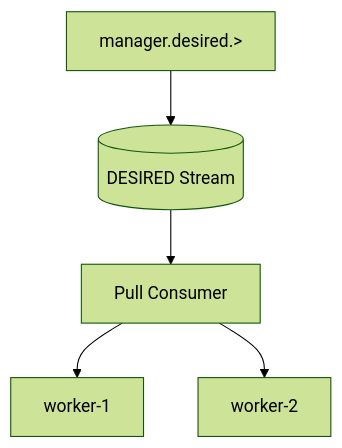
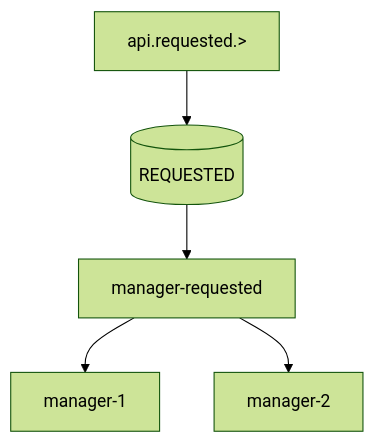
The first of 6 diagrams in docs/NATS.md (danielsabatini/smarkee), drawn with Mermaid (forest theme) before and after one commit. The commit also changed other lines of this file, not shown here.

First line of the commit message:
docs(nats): alinhar ao MESSAGING e definir um stream por messageType

````diff
--- a/docs/NATS.md
+++ b/docs/NATS.md
@@ -276,7 +313,7 @@
 ```mermaid
 graph TD
-    A[manager.desired.>] --> B[(DESIRED Stream)]
-    B --> C[Pull Consumer]
-    C --> D[worker-1]
-    C --> E[worker-2]
+    A[api.requested.>] --> B[(REQUESTED)]
+    B --> C[manager-requested]
+    C --> D[manager-1]
+    C --> E[manager-2]
 ```
````
